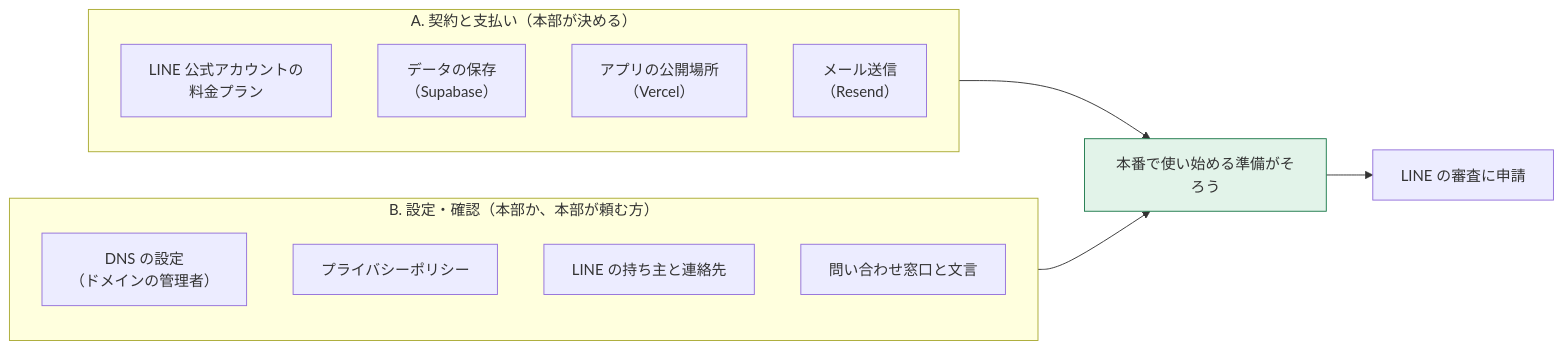
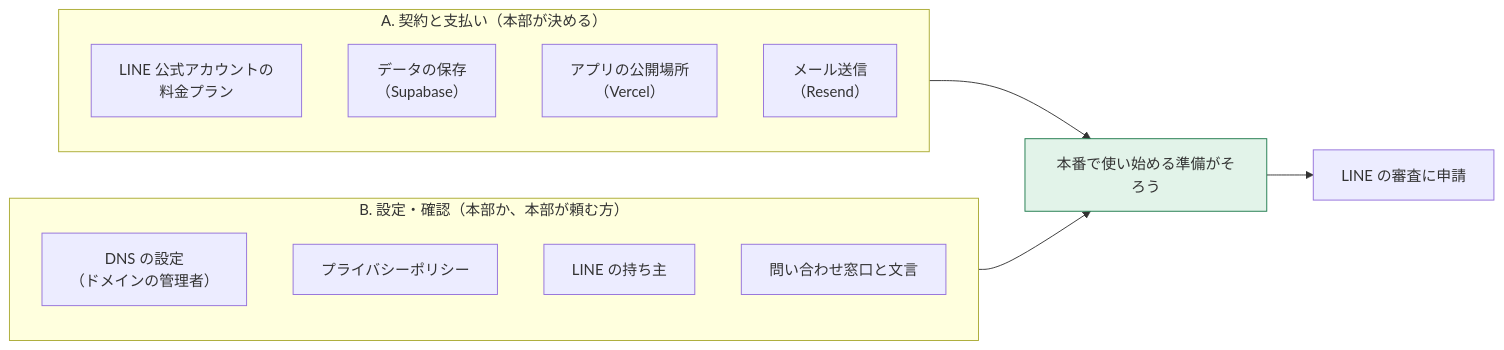
The diagram in 10-client-tasks.md (yusukesanse/nakayoshi-docs), drawn with Mermaid before and after one commit. The commit also changed other lines of this file, not shown here.

Commit message:
docs: 10章の LINE の持ち主を短くし、古い項目を外す

````diff
--- a/10-client-tasks.md
+++ b/10-client-tasks.md
@@ -17,19 +17,19 @@
 ```mermaid
 flowchart LR
     subgraph keiyaku["A. 契約と支払い（本部が決める）"]
         a1["LINE 公式アカウントの<br>料金プラン"]
         a2["データの保存<br>（Supabase）"]
         a3["アプリの公開場所<br>（Vercel）"]
         a4["メール送信<br>（Resend）"]
     end
     subgraph settei["B. 設定・確認（本部か、本部が頼む方）"]
         b1["DNS の設定<br>（ドメインの管理者）"]
         b2["プライバシーポリシー"]
-        b3["LINE の持ち主と連絡先"]
+        b3["LINE の持ち主"]
         b4["問い合わせ窓口と文言"]
     end
     keiyaku --> ready["本番で使い始める準備がそろう"]
     settei --> ready
     ready --> review["LINE の審査に申請"]
     style ready fill:#e2f3e9,stroke:#1d7a4c
 ```
````
